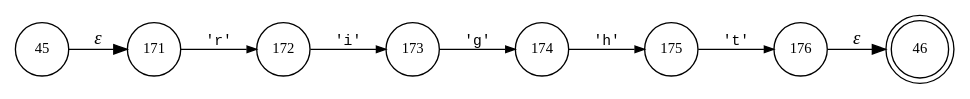
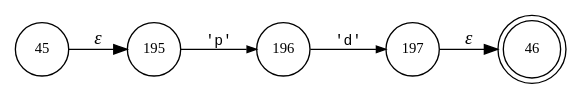
Before and after one commit to Shinigami072/Compilers-LogoInterpreter: the diagram in interpreter/logo/logoLexer.T__22.dot, drawn with Graphviz. The commit also changed 78 other files, not shown here.

```diff
--- a/interpreter/logo/logoLexer.T__22.dot
+++ b/interpreter/logo/logoLexer.T__22.dot
@@ -1,18 +1,12 @@
 digraph ATN {
 rankdir=LR;
 s46[fontsize=11, label="46", shape=doublecircle, fixedsize=true, width=.6];
-s176[fontsize=11,label="176", shape=circle, fixedsize=true, width=.55, peripheries=1];
-s171[fontsize=11,label="171", shape=circle, fixedsize=true, width=.55, peripheries=1];
-s172[fontsize=11,label="172", shape=circle, fixedsize=true, width=.55, peripheries=1];
+s195[fontsize=11,label="195", shape=circle, fixedsize=true, width=.55, peripheries=1];
+s196[fontsize=11,label="196", shape=circle, fixedsize=true, width=.55, peripheries=1];
+s197[fontsize=11,label="197", shape=circle, fixedsize=true, width=.55, peripheries=1];
 s45[fontsize=11,label="45", shape=circle, fixedsize=true, width=.55, peripheries=1];
-s173[fontsize=11,label="173", shape=circle, fixedsize=true, width=.55, peripheries=1];
-s174[fontsize=11,label="174", shape=circle, fixedsize=true, width=.55, peripheries=1];
-s175[fontsize=11,label="175", shape=circle, fixedsize=true, width=.55, peripheries=1];
-s45 -> s171 [fontname="Times-Italic", label="&epsilon;"];
-s171 -> s172 [fontsize=11, fontname="Courier", arrowsize=.7, label = "'r'", arrowhead = normal];
-s172 -> s173 [fontsize=11, fontname="Courier", arrowsize=.7, label = "'i'", arrowhead = normal];
-s173 -> s174 [fontsize=11, fontname="Courier", arrowsize=.7, label = "'g'", arrowhead = normal];
-s174 -> s175 [fontsize=11, fontname="Courier", arrowsize=.7, label = "'h'", arrowhead = normal];
-s175 -> s176 [fontsize=11, fontname="Courier", arrowsize=.7, label = "'t'", arrowhead = normal];
-s176 -> s46 [fontname="Times-Italic", label="&epsilon;"];
+s45 -> s195 [fontname="Times-Italic", label="&epsilon;"];
+s195 -> s196 [fontsize=11, fontname="Courier", arrowsize=.7, label = "'p'", arrowhead = normal];
+s196 -> s197 [fontsize=11, fontname="Courier", arrowsize=.7, label = "'d'", arrowhead = normal];
+s197 -> s46 [fontname="Times-Italic", label="&epsilon;"];
 }
```
